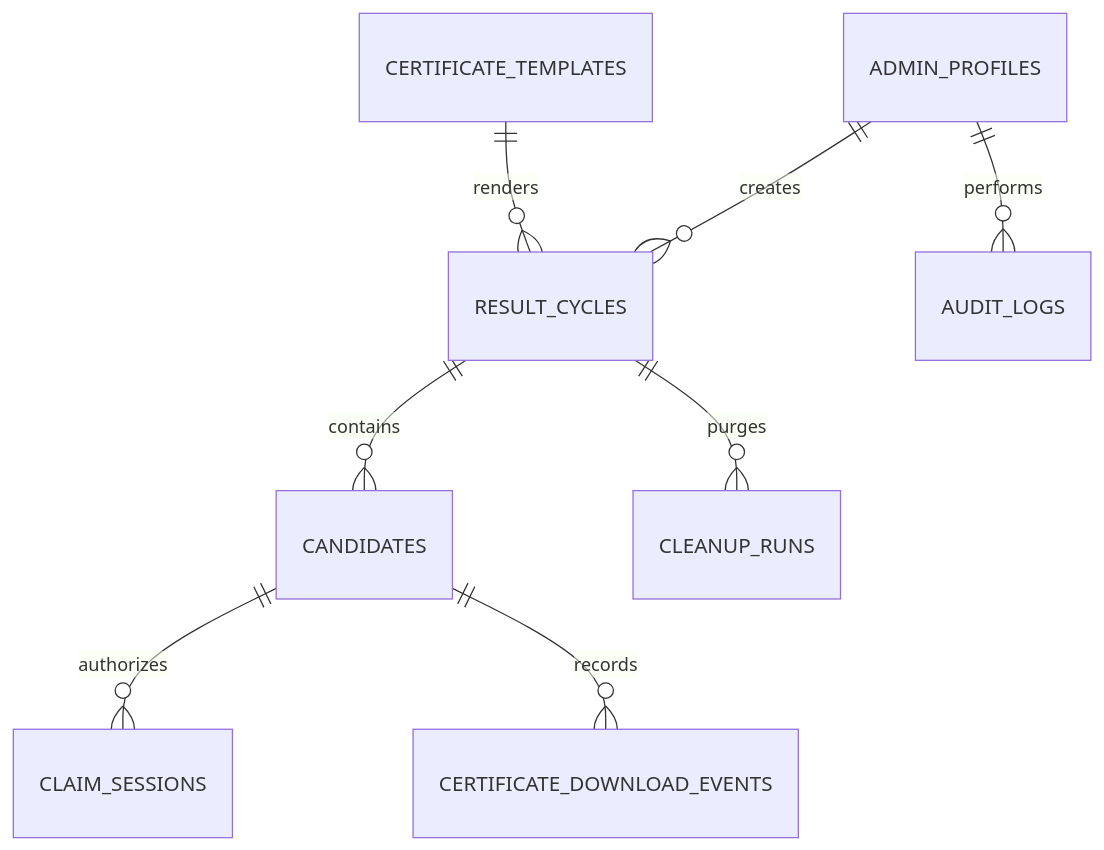
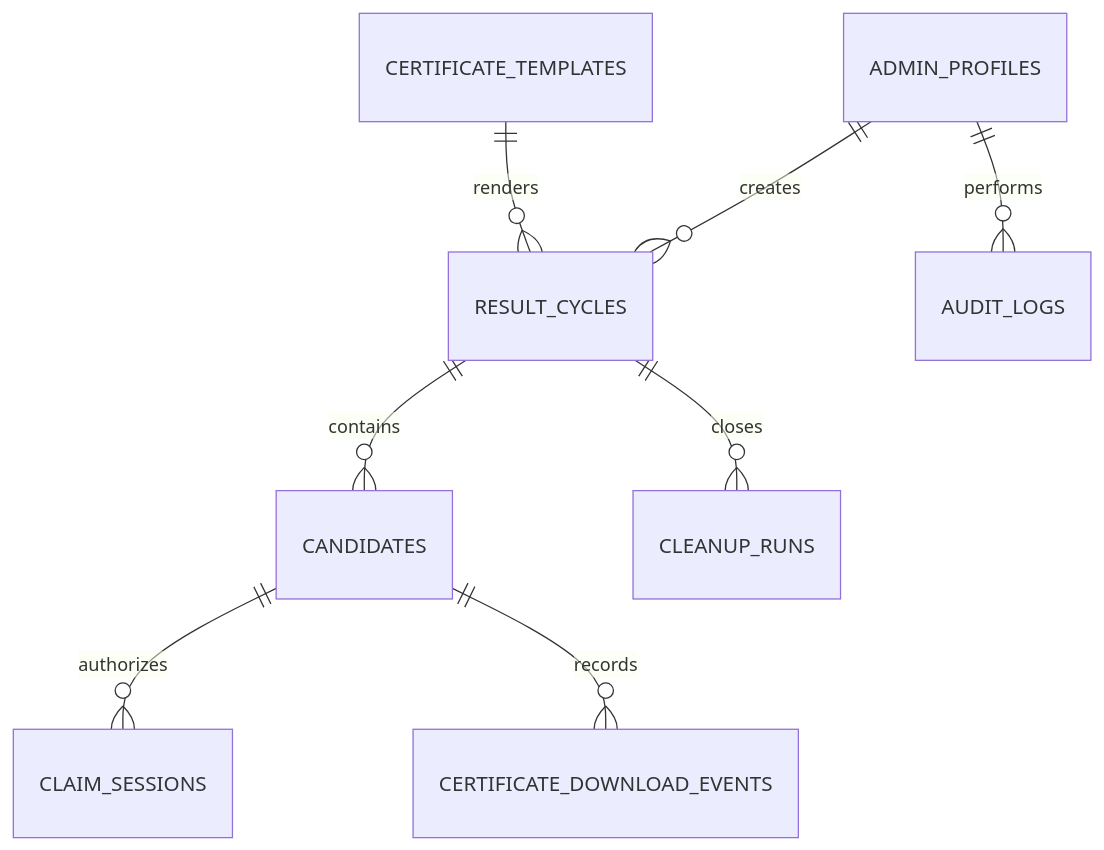
Before and after one commit to Jatin-Purbia/top-ten-certificates: the second of 4 diagrams in docs/architecture.md, drawn with Mermaid. The commit also changed other lines of this file and 9 other files, not shown here.

````diff
--- a/docs/architecture.md
+++ b/docs/architecture.md
@@ -17,10 +17,10 @@
 ```mermaid
 erDiagram
   ADMIN_PROFILES ||--o{ RESULT_CYCLES : creates
   CERTIFICATE_TEMPLATES ||--o{ RESULT_CYCLES : renders
   RESULT_CYCLES ||--o{ CANDIDATES : contains
   CANDIDATES ||--o{ CLAIM_SESSIONS : authorizes
   CANDIDATES ||--o{ CERTIFICATE_DOWNLOAD_EVENTS : records
-  RESULT_CYCLES ||--o{ CLEANUP_RUNS : purges
+  RESULT_CYCLES ||--o{ CLEANUP_RUNS : closes
   ADMIN_PROFILES ||--o{ AUDIT_LOGS : performs
 ```
````
